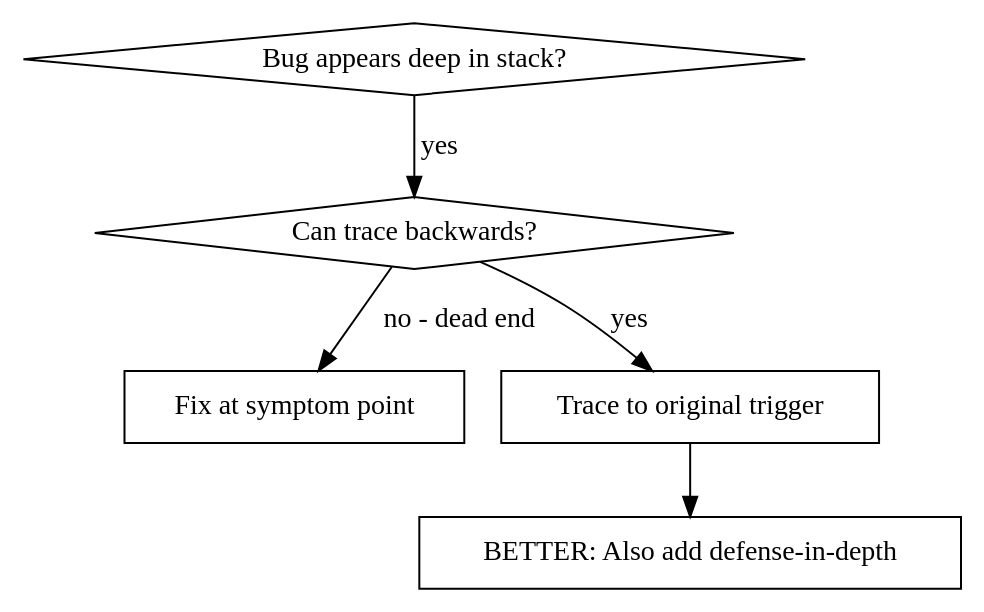
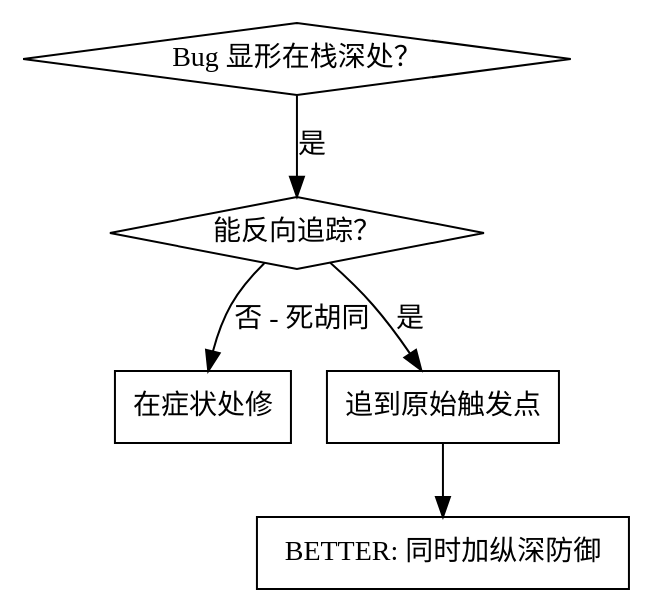
The first of 2 diagrams in skills/systematic-debugging/root-cause-tracing.md (MySwallow/superpowers-lite), drawn with Graphviz before and after one commit. The commit also changed other lines of this file and 62 other files, not shown here.

````diff
--- a/skills/systematic-debugging/root-cause-tracing.md
+++ b/skills/systematic-debugging/root-cause-tracing.md
@@ -11,14 +11,14 @@
 ```dot
 digraph when_to_use {
-    "Bug appears deep in stack?" [shape=diamond];
-    "Can trace backwards?" [shape=diamond];
-    "Fix at symptom point" [shape=box];
-    "Trace to original trigger" [shape=box];
-    "BETTER: Also add defense-in-depth" [shape=box];
+    "Bug 显形在栈深处？" [shape=diamond];
+    "能反向追踪？" [shape=diamond];
+    "在症状处修" [shape=box];
+    "追到原始触发点" [shape=box];
+    "BETTER: 同时加纵深防御" [shape=box];
 
-    "Bug appears deep in stack?" -> "Can trace backwards?" [label="yes"];
-    "Can trace backwards?" -> "Trace to original trigger" [label="yes"];
-    "Can trace backwards?" -> "Fix at symptom point" [label="no - dead end"];
-    "Trace to original trigger" -> "BETTER: Also add defense-in-depth";
+    "Bug 显形在栈深处？" -> "能反向追踪？" [label="是"];
+    "能反向追踪？" -> "追到原始触发点" [label="是"];
+    "能反向追踪？" -> "在症状处修" [label="否 - 死胡同"];
+    "追到原始触发点" -> "BETTER: 同时加纵深防御";
 }
 ```
````
